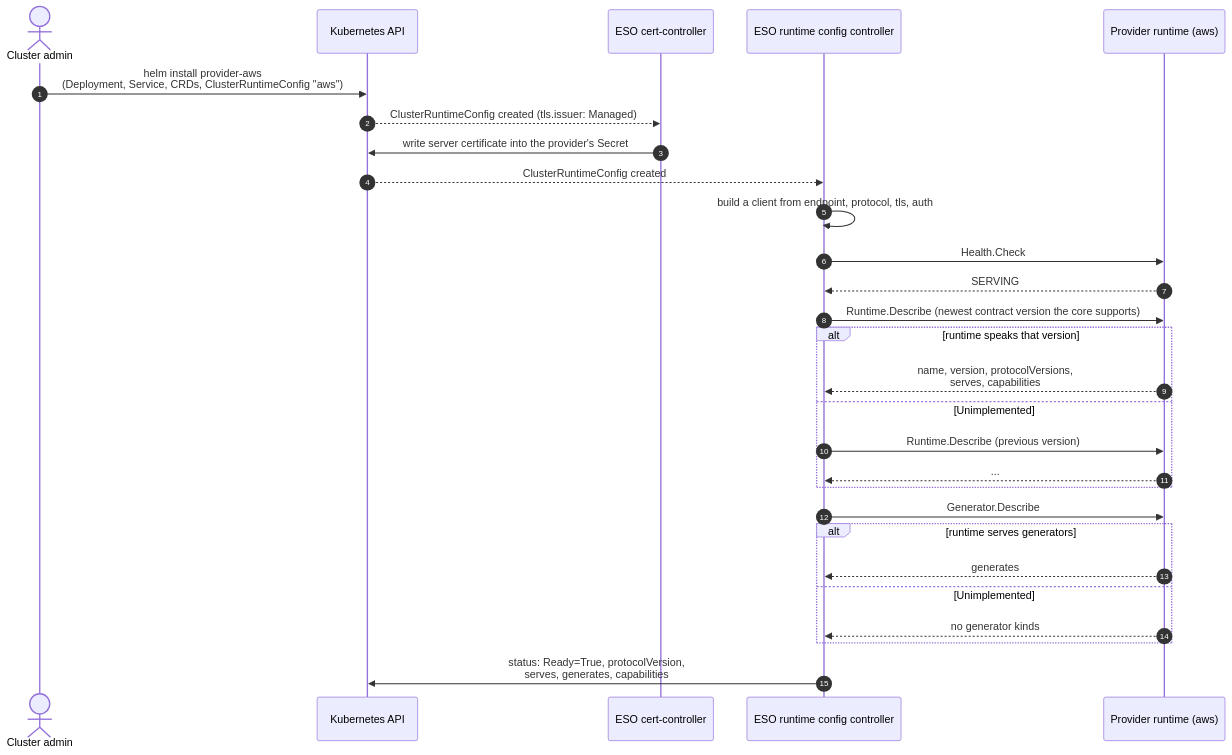
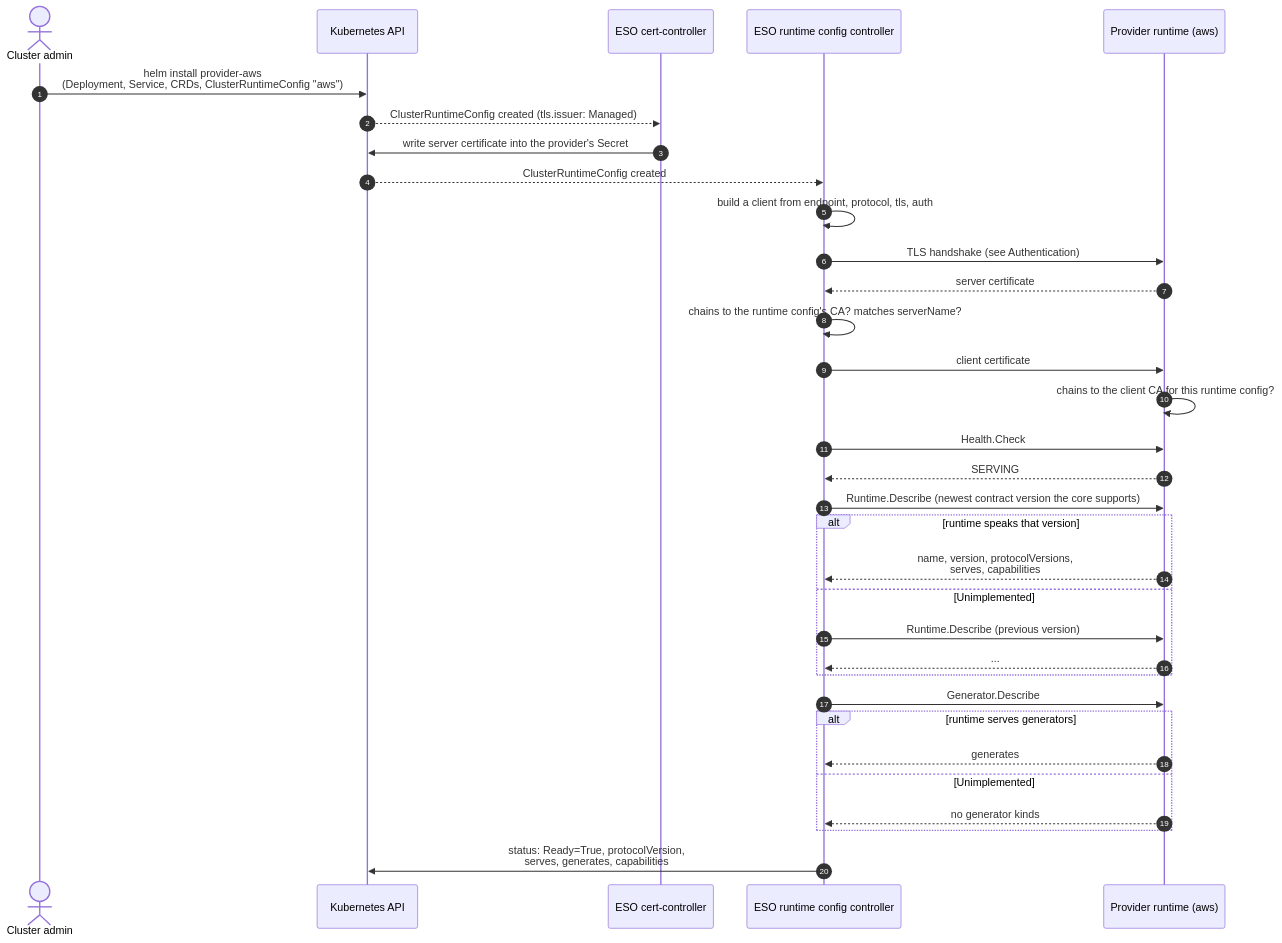
The second of 5 diagrams in design/014/PROTOCOL.md (external-secrets/external-secrets), drawn with Mermaid before and after one commit. The commit also changed other lines of this file and 4 other files, not shown here.

````diff
--- a/design/014/PROTOCOL.md
+++ b/design/014/PROTOCOL.md
@@ -168,31 +258,36 @@
 ```mermaid
 sequenceDiagram
     autonumber
     actor Admin as Cluster admin
     participant K as Kubernetes API
     participant CertC as ESO cert-controller
     participant RCC as ESO runtime config controller
     participant P as Provider runtime (aws)
 
     Admin->>K: helm install provider-aws<br/>(Deployment, Service, CRDs, ClusterRuntimeConfig "aws")
     K-->>CertC: ClusterRuntimeConfig created (tls.issuer: Managed)
     CertC->>K: write server certificate into the provider's Secret
     K-->>RCC: ClusterRuntimeConfig created
     RCC->>RCC: build a client from endpoint, protocol, tls, auth
+    RCC->>P: TLS handshake (see Authentication)
+    P-->>RCC: server certificate
+    RCC->>RCC: chains to the runtime config's CA? matches serverName?
+    RCC->>P: client certificate
+    P->>P: chains to the client CA for this runtime config?
     RCC->>P: Health.Check
     P-->>RCC: SERVING
     RCC->>P: Runtime.Describe (newest contract version the core supports)
     alt runtime speaks that version
         P-->>RCC: name, version, protocolVersions,<br/>serves, capabilities
     else Unimplemented
         RCC->>P: Runtime.Describe (previous version)
         P-->>RCC: ...
     end
     RCC->>P: Generator.Describe
     alt runtime serves generators
         P-->>RCC: generates
     else Unimplemented
         P-->>RCC: no generator kinds
     end
     RCC->>K: status: Ready=True, protocolVersion,<br/>serves, generates, capabilities
 ```
````
